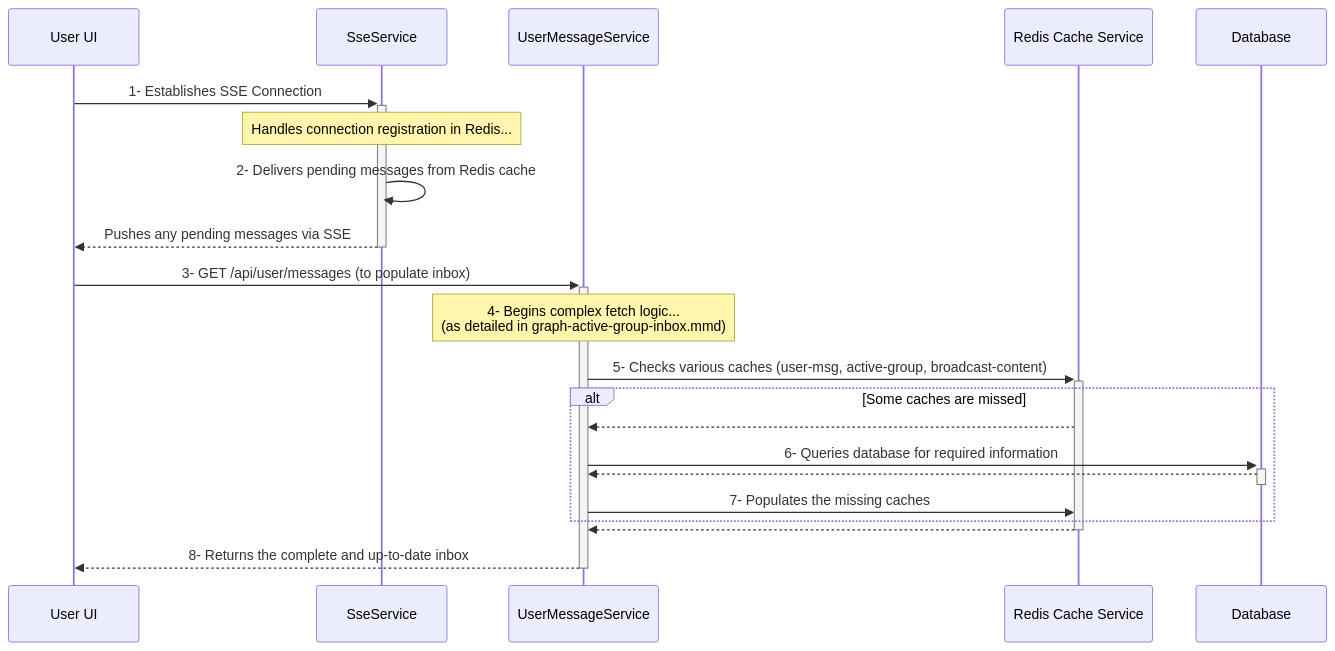
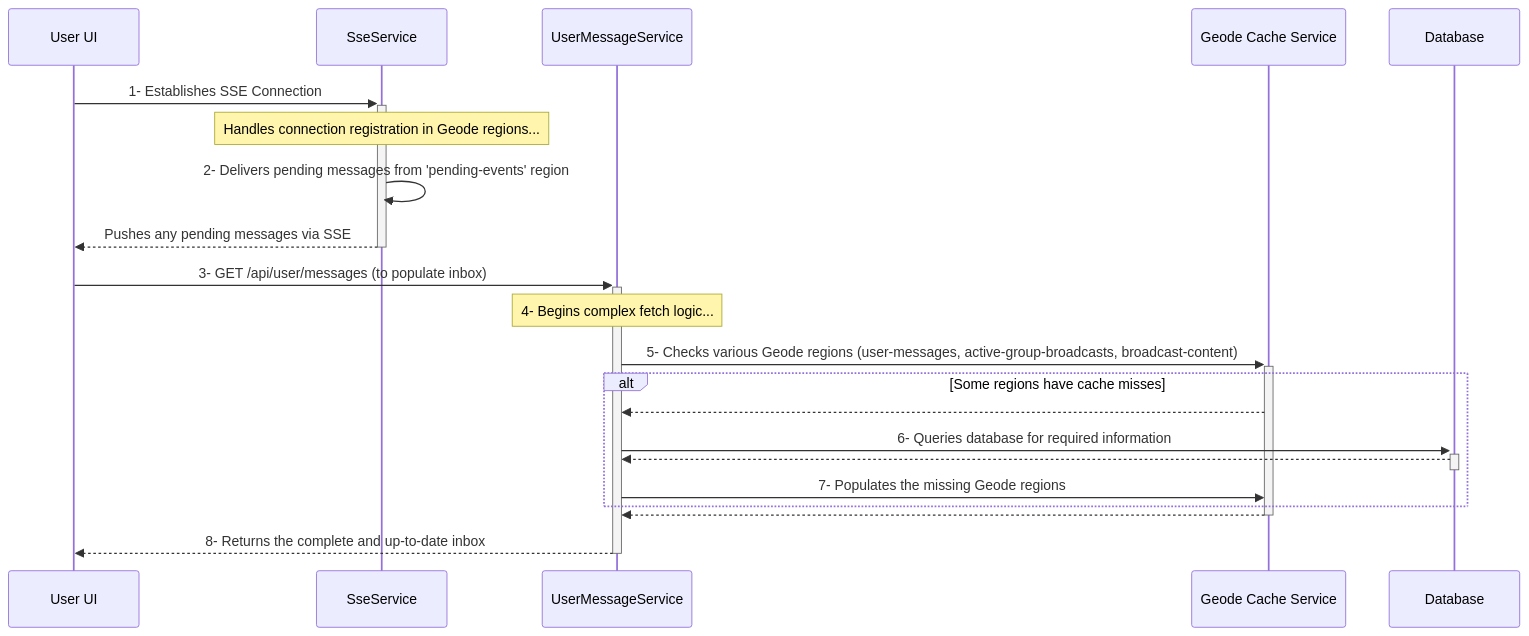
The diagram in MermaidDiagrams/seq-active-group-inbox.mmd (rsrini7/Notification-SSE-GLM-Flux), drawn with Mermaid before and after one commit. The commit also changed 26 other files, not shown here.

First line of the commit message:
refactor(diagrams): replace Redis with Geode in all diagrams

```diff
--- a/MermaidDiagrams/seq-active-group-inbox.mmd
+++ b/MermaidDiagrams/seq-active-group-inbox.mmd
@@ -1,23 +1,23 @@
 sequenceDiagram
     participant UserUI as User UI
     participant SseSvc as SseService
     participant UserMsgSvc as UserMessageService
-    participant RedisCache as Redis Cache Service
+    participant GeodeCache as Geode Cache Service
     participant DB as Database
 
     UserUI->>+SseSvc: 1- Establishes SSE Connection
-    Note over SseSvc: Handles connection registration in Redis...
-    SseSvc->>SseSvc: 2- Delivers pending messages from Redis cache
+    Note over SseSvc: Handles connection registration in Geode regions...
+    SseSvc->>SseSvc: 2- Delivers pending messages from 'pending-events' region
     SseSvc-->>-UserUI: Pushes any pending messages via SSE
     
     UserUI->>+UserMsgSvc: 3- GET /api/user/messages (to populate inbox)
-    Note over UserMsgSvc: 4- Begins complex fetch logic... <br/>(as detailed in graph-active-group-inbox.mmd)
-    UserMsgSvc->>+RedisCache: 5- Checks various caches (user-msg, active-group, broadcast-content)
-    alt Some caches are missed
-        RedisCache-->>UserMsgSvc: 
+    Note over UserMsgSvc: 4- Begins complex fetch logic... 
+    UserMsgSvc->>+GeodeCache: 5- Checks various Geode regions (user-messages, active-group-broadcasts, broadcast-content)
+    alt Some regions have cache misses
+        GeodeCache-->>UserMsgSvc: 
         UserMsgSvc->>+DB: 6- Queries database for required information
         DB-->>-UserMsgSvc: 
-        UserMsgSvc->>RedisCache: 7- Populates the missing caches
+        UserMsgSvc->>GeodeCache: 7- Populates the missing Geode regions
     end
-    RedisCache-->>-UserMsgSvc: 
+    GeodeCache-->>-UserMsgSvc: 
     UserMsgSvc-->>-UserUI: 8- Returns the complete and up-to-date inbox
```
